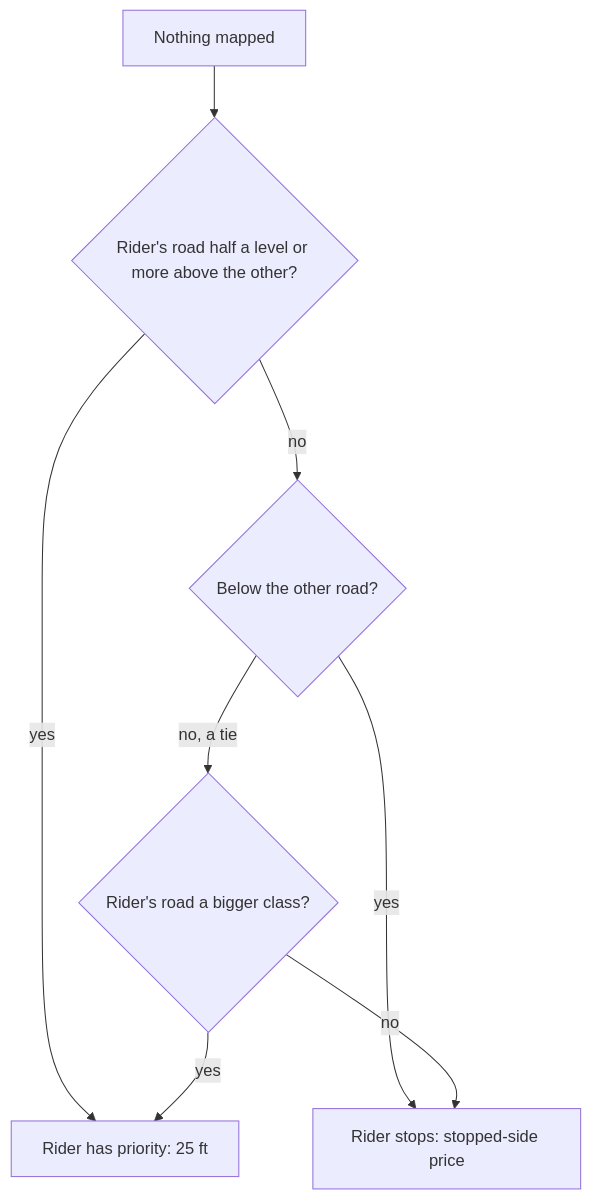
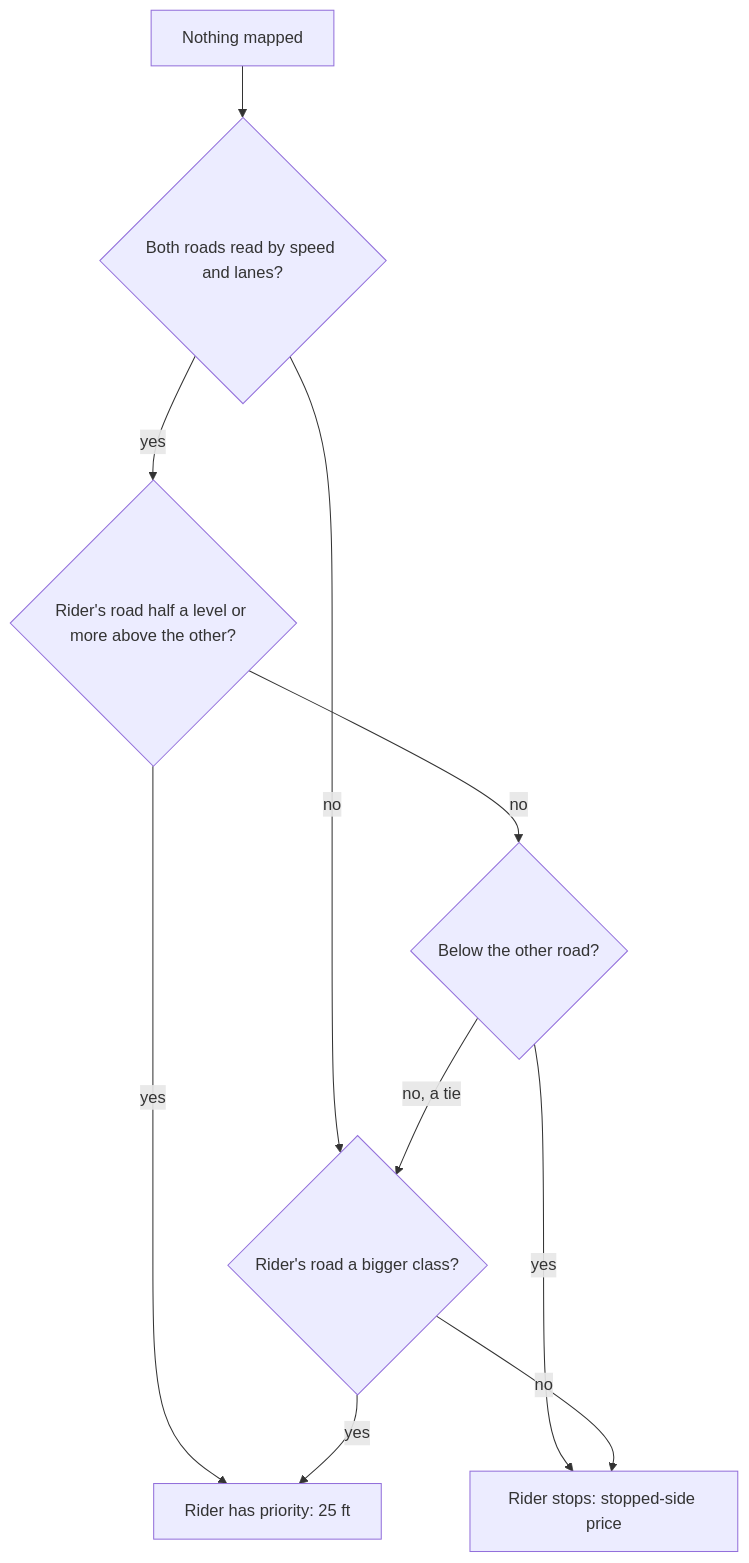
The seventh of 10 diagrams in docs/stress/intersections.md (Macrophage87/RouteMaker), drawn with Mermaid before and after one commit. The commit also changed other lines of this file and 21 other files, not shown here.

````diff
--- a/docs/stress/intersections.md
+++ b/docs/stress/intersections.md
@@ -381,10 +413,12 @@
 ```mermaid
 flowchart TD
-  A["Nothing mapped"] --> B{"Rider's road half a level or more above the other?"}
+  A["Nothing mapped"] --> U{"Both roads read by speed and lanes?"}
+  U -- "no" --> D
+  U -- "yes" --> B{"Rider's road half a level or more above the other?"}
   B -- "yes" --> P["Rider has priority: 25 ft"]
   B -- "no" --> C{"Below the other road?"}
   C -- "yes" --> S["Rider stops: stopped-side price"]
   C -- "no, a tie" --> D{"Rider's road a bigger class?"}
   D -- "yes" --> P
   D -- "no" --> S
 ```
````
